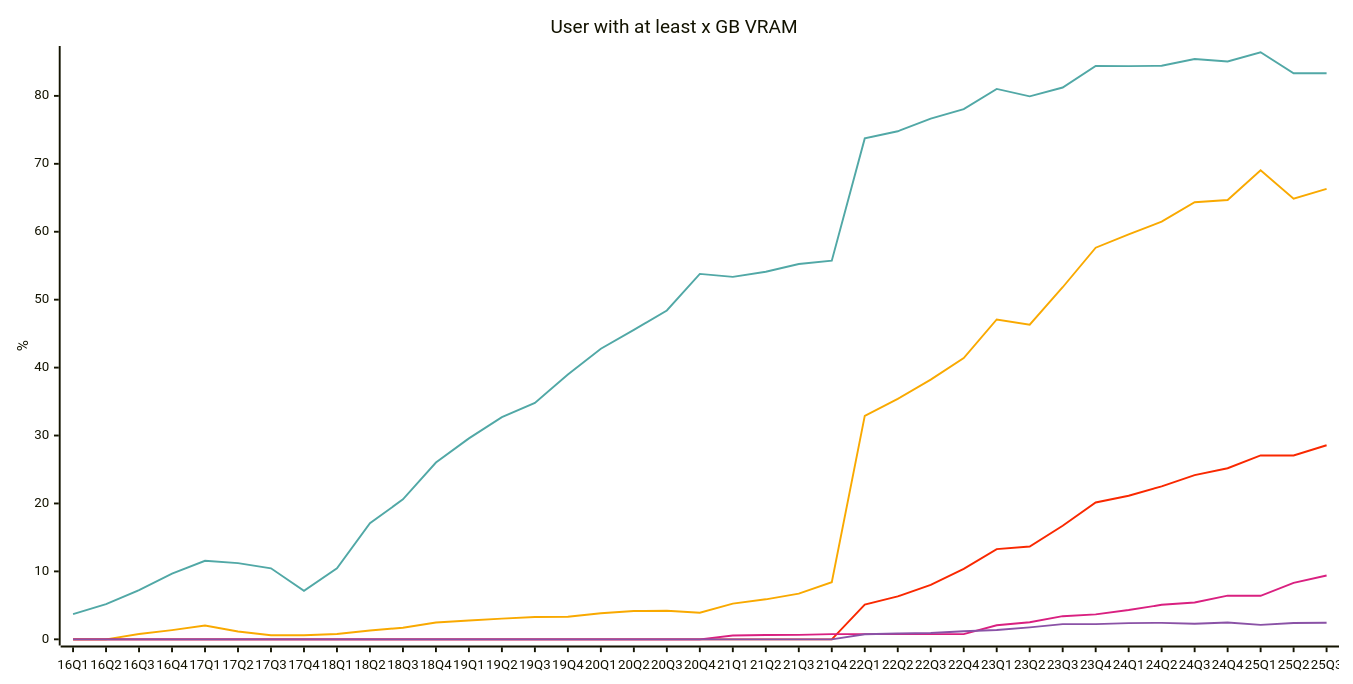
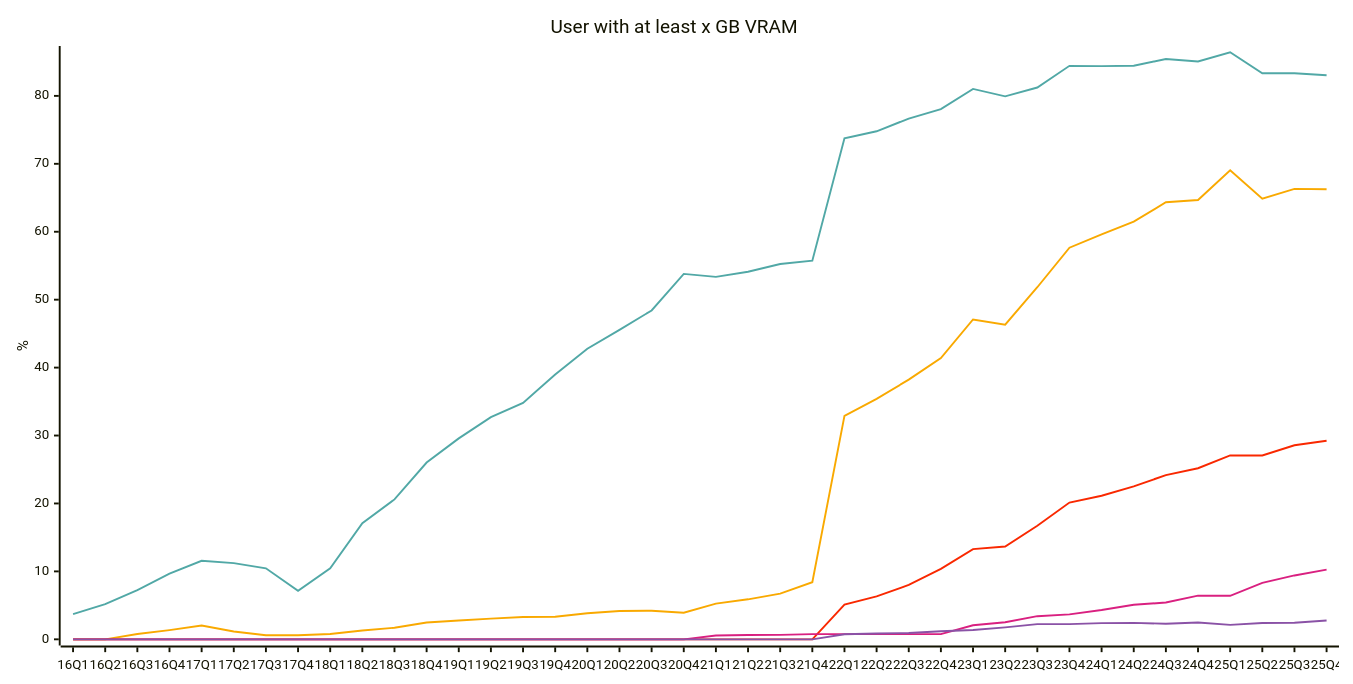
The tenth of 23 diagrams in README.md (jdegene/steamHWsurvey), drawn with Mermaid before and after one commit. The commit also changed other lines of this file and 2 other files, not shown here.

````diff
--- a/README.md
+++ b/README.md
@@ -322,23 +322,23 @@
 ```mermaid
 ---
 config:
     xyChart:
         width: 1400
         height: 700
         
     themeVariables:
         xyChart:
             plotColorPalette: "#51a8a6,#f9a900,#f92800,#d92080,#8a52a6"
 
 --- 
 
 xychart-beta
     title "User with at least x GB VRAM"
-    x-axis [16Q1, 16Q2, 16Q3, 16Q4, 17Q1, 17Q2, 17Q3, 17Q4, 18Q1, 18Q2, 18Q3, 18Q4, 19Q1, 19Q2, 19Q3, 19Q4, 20Q1, 20Q2, 20Q3, 20Q4, 21Q1, 21Q2, 21Q3, 21Q4, 22Q1, 22Q2, 22Q3, 22Q4, 23Q1, 23Q2, 23Q3, 23Q4, 24Q1, 24Q2, 24Q3, 24Q4, 25Q1, 25Q2, 25Q3]
+    x-axis [16Q1, 16Q2, 16Q3, 16Q4, 17Q1, 17Q2, 17Q3, 17Q4, 18Q1, 18Q2, 18Q3, 18Q4, 19Q1, 19Q2, 19Q3, 19Q4, 20Q1, 20Q2, 20Q3, 20Q4, 21Q1, 21Q2, 21Q3, 21Q4, 22Q1, 22Q2, 22Q3, 22Q4, 23Q1, 23Q2, 23Q3, 23Q4, 24Q1, 24Q2, 24Q3, 24Q4, 25Q1, 25Q2, 25Q3, 25Q4]
     y-axis "%" 
-    line [3.716666666666666, 5.183333333333334, 7.246666666666666, 9.673333333333334, 11.559999999999999, 11.223333333333334, 10.45, 7.1466666666666665, 10.453333333333333, 17.083333333333332, 20.599999999999998, 26.023333333333333, 29.580000000000002, 32.70333333333333, 34.803333333333335, 38.989999999999995, 42.78333333333333, 45.556666666666665, 48.413333333333334, 53.79666666666667, 53.35333333333333, 54.11, 55.246666666666655, 55.74, 73.74333333333333, 74.78666666666668, 76.66, 78.05666666666667, 81.02333333333333, 79.93333333333334, 81.23, 84.42333333333335, 84.37666666666667, 84.42999999999999, 85.43333333333334, 85.07000000000001, 86.42666666666666, 83.33, 83.33333333333334]
-    line [0, 0, 0.775, 1.36, 2.0366666666666666, 1.16, 0.61, 0.61, 0.79, 1.3033333333333335, 1.71, 2.48, 2.77, 3.046666666666667, 3.2766666666666664, 3.3266666666666667, 3.836666666666667, 4.16, 4.206666666666667, 3.9099999999999997, 5.256666666666667, 5.89, 6.72, 8.406666666666666, 32.903333333333336, 35.39666666666667, 38.22666666666667, 41.41, 47.08666666666666, 46.32000000000001, 51.83, 57.64999999999999, 59.596666666666664, 61.483333333333334, 64.34333333333333, 64.66333333333333, 69.03333333333333, 64.86666666666667, 66.31666666666666]
-    line [0, 0, 0, 0, 0, 0, 0, 0, 0, 0, 0, 0, 0, 0, 0, 0, 0, 0, 0, 0, 0, 0, 0, 0, 5.11, 6.3133333333333335, 8.006666666666668, 10.366666666666667, 13.273333333333333, 13.66, 16.726666666666667, 20.14, 21.14, 22.516666666666666, 24.173333333333336, 25.183333333333337, 27.063333333333333, 27.060000000000002, 28.573333333333334]
-    line [0, 0, 0, 0, 0, 0, 0, 0, 0, 0, 0, 0, 0, 0, 0, 0, 0, 0, 0, 0, 0.5549999999999999, 0.6333333333333333, 0.6599999999999999, 0.76, 0.76, 0.76, 0.76, 0.76, 2.07, 2.5233333333333334, 3.4066666666666667, 3.6799999999999997, 4.3133333333333335, 5.079999999999999, 5.413333333333333, 6.43, 6.41, 8.316666666666666, 9.403333333333334]
-    line [0, 0, 0, 0, 0, 0, 0, 0, 0, 0, 0, 0, 0, 0, 0, 0, 0, 0, 0, 0, 0, 0, 0, 0, 0.75, 0.8500000000000001, 0.9266666666666666, 1.1833333333333333, 1.3733333333333333, 1.76, 2.243333333333333, 2.2333333333333334, 2.3833333333333333, 2.4266666666666667, 2.29, 2.476666666666667, 2.13, 2.396666666666667, 2.4366666666666665]
+    line [3.716666666666666, 5.183333333333334, 7.246666666666666, 9.673333333333334, 11.559999999999999, 11.223333333333334, 10.45, 7.1466666666666665, 10.453333333333333, 17.083333333333332, 20.599999999999998, 26.023333333333333, 29.580000000000002, 32.70333333333333, 34.803333333333335, 38.989999999999995, 42.78333333333333, 45.556666666666665, 48.413333333333334, 53.79666666666667, 53.35333333333333, 54.11, 55.246666666666655, 55.74, 73.74333333333333, 74.78666666666668, 76.66000000000001, 78.05666666666667, 81.02333333333333, 79.93333333333334, 81.23, 84.42333333333335, 84.37666666666667, 84.42999999999999, 85.43333333333334, 85.07000000000001, 86.42666666666666, 83.33, 83.33333333333334, 83.04]
+    line [0, 0, 0.775, 1.36, 2.0366666666666666, 1.16, 0.61, 0.61, 0.79, 1.3033333333333335, 1.71, 2.48, 2.77, 3.046666666666667, 3.2766666666666664, 3.3266666666666667, 3.836666666666667, 4.16, 4.206666666666667, 3.9099999999999997, 5.256666666666667, 5.89, 6.72, 8.406666666666666, 32.903333333333336, 35.39666666666667, 38.22666666666667, 41.41, 47.08666666666666, 46.32000000000001, 51.83, 57.64999999999999, 59.596666666666664, 61.483333333333334, 64.34333333333333, 64.66333333333333, 69.03333333333333, 64.86666666666667, 66.31666666666666, 66.26]
+    line [0, 0, 0, 0, 0, 0, 0, 0, 0, 0, 0, 0, 0, 0, 0, 0, 0, 0, 0, 0, 0, 0, 0, 0, 5.11, 6.3133333333333335, 8.006666666666668, 10.366666666666667, 13.273333333333333, 13.66, 16.726666666666667, 20.14, 21.14, 22.516666666666666, 24.173333333333336, 25.183333333333337, 27.063333333333333, 27.060000000000002, 28.573333333333334, 29.23]
+    line [0, 0, 0, 0, 0, 0, 0, 0, 0, 0, 0, 0, 0, 0, 0, 0, 0, 0, 0, 0, 0.5549999999999999, 0.6333333333333333, 0.6599999999999999, 0.76, 0.76, 0.76, 0.76, 0.76, 2.07, 2.5233333333333334, 3.4066666666666667, 3.6799999999999997, 4.3133333333333335, 5.079999999999999, 5.413333333333333, 6.43, 6.41, 8.316666666666666, 9.403333333333334, 10.26]
+    line [0, 0, 0, 0, 0, 0, 0, 0, 0, 0, 0, 0, 0, 0, 0, 0, 0, 0, 0, 0, 0, 0, 0, 0, 0.75, 0.8500000000000001, 0.9266666666666666, 1.1833333333333333, 1.3733333333333333, 1.76, 2.243333333333333, 2.2333333333333334, 2.3833333333333333, 2.4266666666666667, 2.29, 2.476666666666667, 2.13, 2.396666666666667, 2.4366666666666665, 2.78]
 ``` 
````
